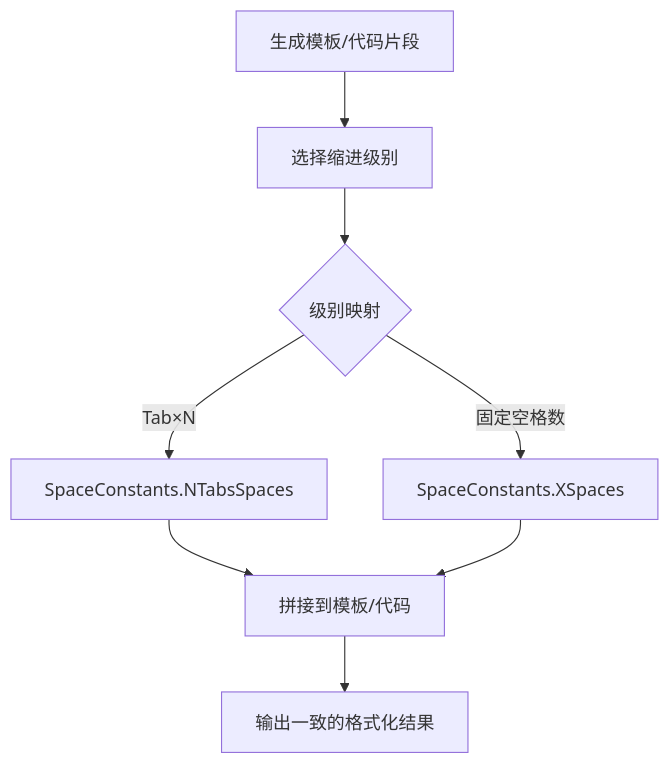
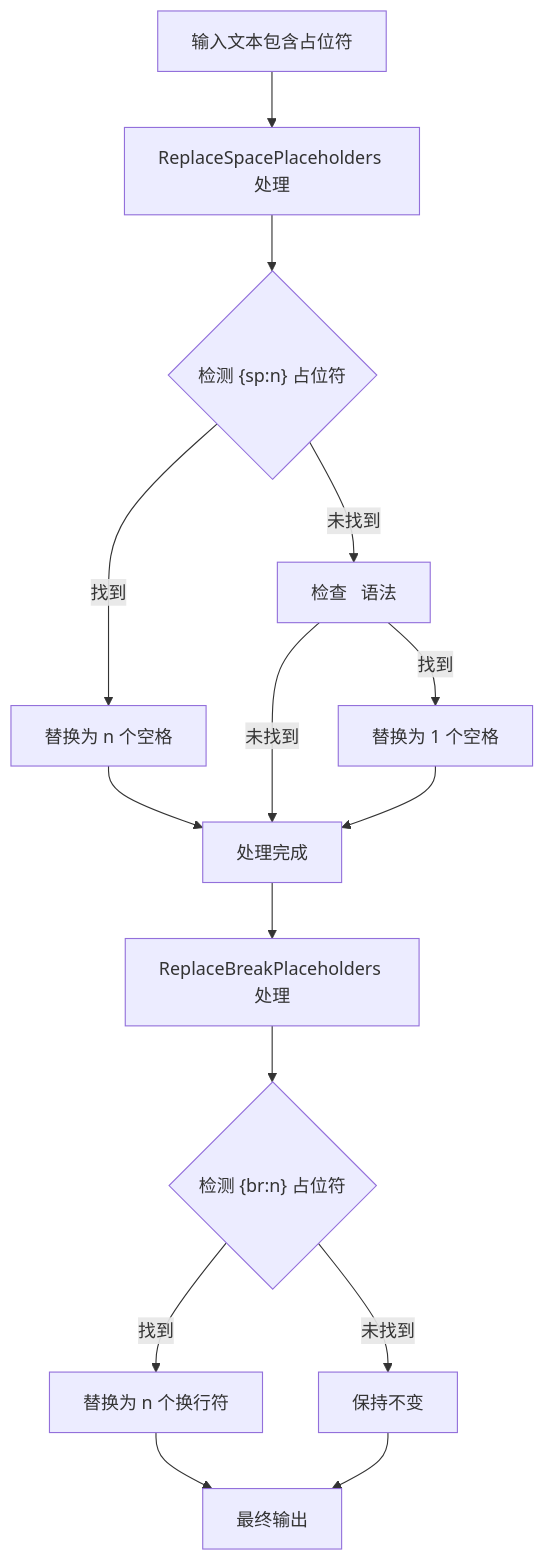
The seventh of 8 diagrams in .qoder/repowiki/zh/content/工具库详解/常量和配置.md (Sosososolong/AirGo), drawn with Mermaid before and after one commit. The commit also changed other lines of this file and 3 other files, not shown here.

````diff
--- a/.qoder/repowiki/zh/content/工具库详解/常量和配置.md
+++ b/.qoder/repowiki/zh/content/工具库详解/常量和配置.md
@@ -270,10 +292,17 @@
 ```mermaid
 flowchart TD
-A["生成模板/代码片段"] --> B["选择缩进级别"]
-B --> C{"级别映射"}
-C --> |Tab×N| D["SpaceConstants.NTabsSpaces"]
-C --> |固定空格数| E["SpaceConstants.XSpaces"]
-D --> F["拼接到模板/代码"]
-E --> F
-F --> G["输出一致的格式化结果"]
+A["输入文本包含占位符"] --> B["ReplaceSpacePlaceholders 处理"]
+B --> C{"检测 {sp:n} 占位符"}
+C --> |找到| D["替换为 n 个空格"]
+C --> |未找到| E["检查 &nbsp; 语法"]
+D --> F["处理完成"]
+E --> |找到| G["替换为 1 个空格"]
+E --> |未找到| F
+G --> F
+F --> H["ReplaceBreakPlaceholders 处理"]
+H --> I{"检测 {br:n} 占位符"}
+I --> |找到| J["替换为 n 个换行符"]
+I --> |未找到| K["保持不变"]
+J --> L["最终输出"]
+K --> L
 ```
````
